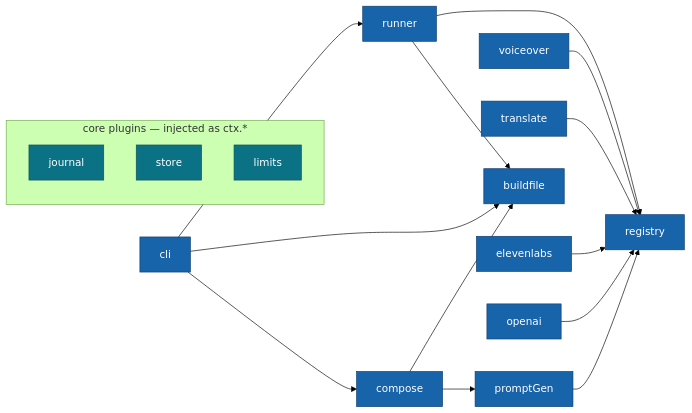
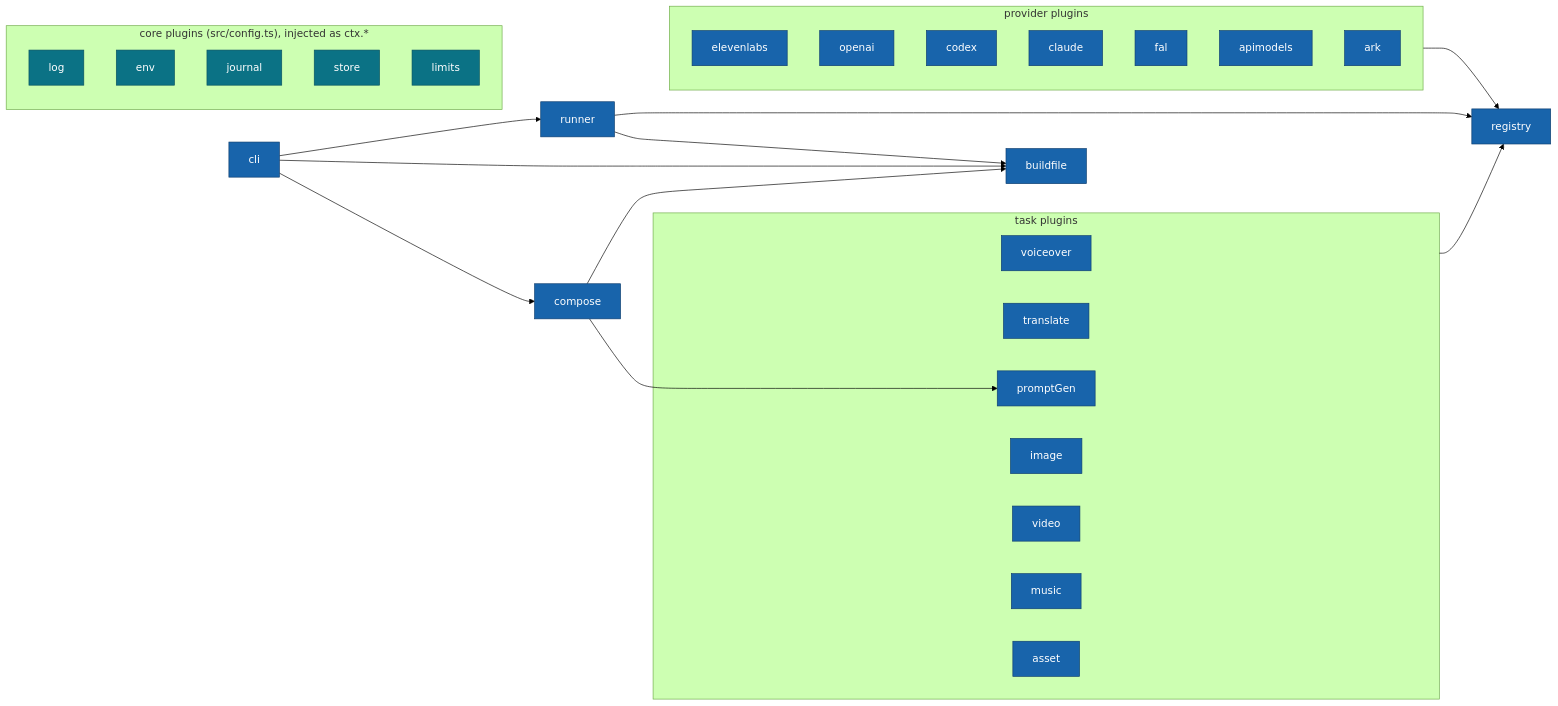
Before and after one commit to moku-labs/ai: the second of 2 diagrams in README.md, drawn with Mermaid (forest theme). The commit also changed other lines of this file and 1 other file, not shown here.

Commit message:
docs: README architecture, test count and env vars; llms-full.txt for 0.13.0

````diff
--- a/README.md
+++ b/README.md
@@ -545,26 +552,43 @@
 ```mermaid
 flowchart LR
-  subgraph CORE["core plugins — injected as ctx.*"]
+  subgraph CORE["core plugins (src/config.ts), injected as ctx.*"]
+    LOG["log"]
+    ENV["env"]
     J["journal"]
     S["store"]
     L["limits"]
   end
   REG["registry"]
   BF["buildfile"]
   RN["runner"] --> REG
   RN --> BF
-  VO["voiceover"] --> REG
-  TR["translate"] --> REG
-  PG["promptGen"] --> REG
-  EL["elevenlabs"] --> REG
-  OA["openai"] --> REG
+  subgraph TASKS["task plugins"]
+    VO["voiceover"]
+    TR["translate"]
+    PG["promptGen"]
+    IM["image"]
+    VI["video"]
+    MU["music"]
+    AS["asset"]
+  end
+  subgraph PROV["provider plugins"]
+    EL["elevenlabs"]
+    OA["openai"]
+    CX["codex"]
+    CL["claude"]
+    FAL["fal"]
+    AM["apimodels"]
+    ARK["ark"]
+  end
+  TASKS --> REG
+  PROV --> REG
   CO["compose"] --> BF
   CO --> PG
   CLI["cli"] --> RN
   CLI --> BF
   CLI --> CO
   classDef core fill:#0b7285,stroke:#08525f,color:#fff;
   classDef reg fill:#1864ab,stroke:#0d3d6e,color:#fff;
-  class J,S,L core
-  class REG,BF,RN,VO,TR,PG,EL,OA,CO,CLI reg
+  class LOG,ENV,J,S,L core
+  class REG,BF,RN,VO,TR,PG,IM,VI,MU,AS,EL,OA,CX,CL,FAL,AM,ARK,CO,CLI reg
 ```
````
